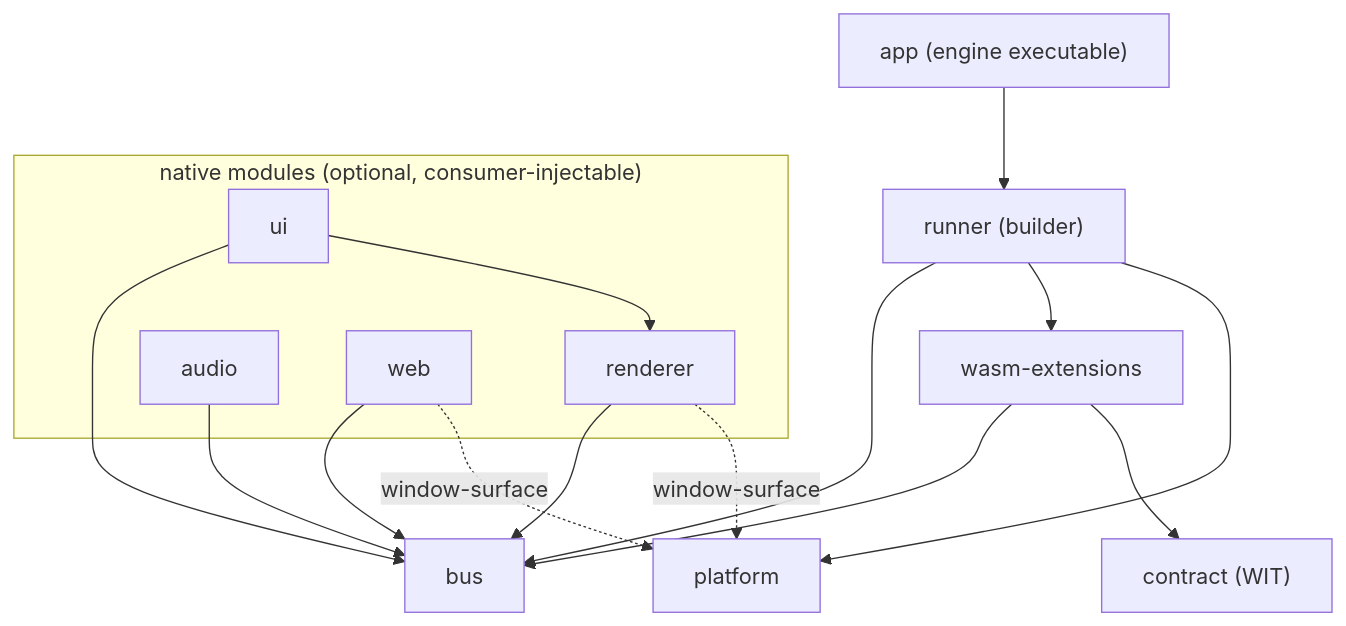
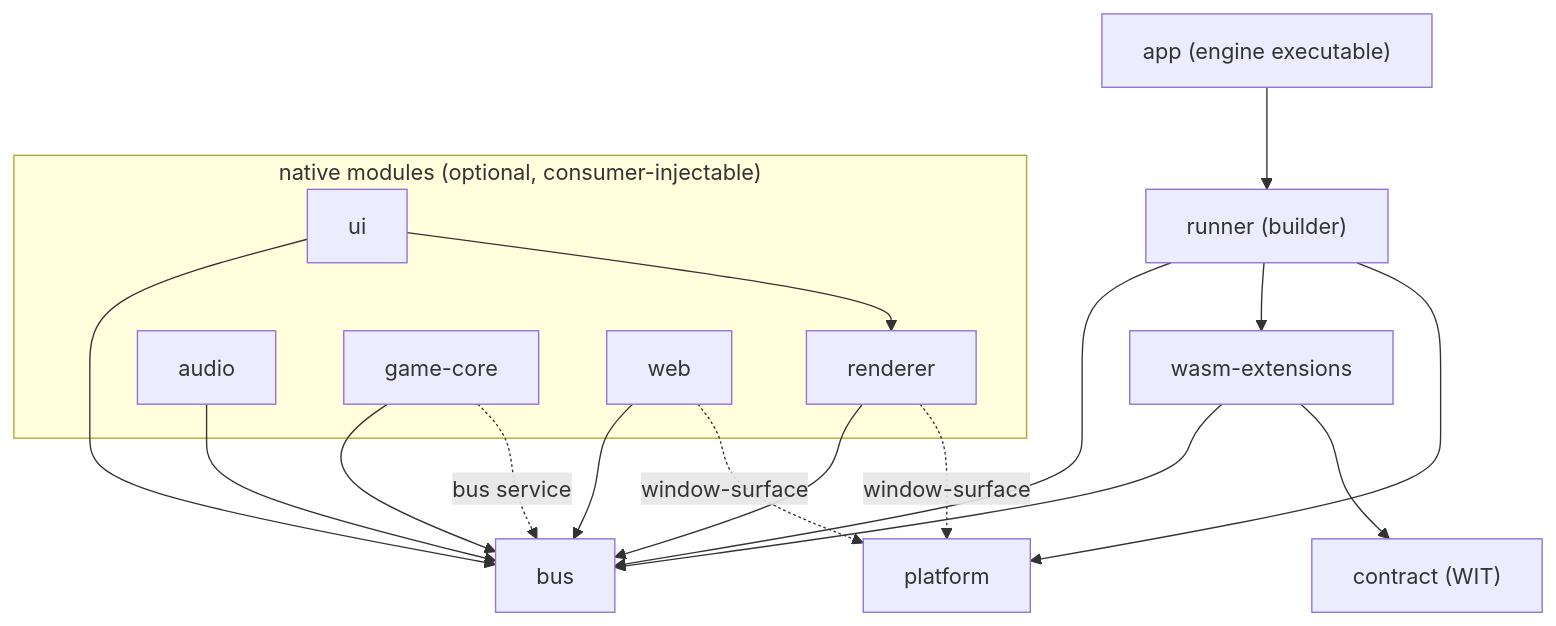
One commit to an-dr/bones changed the diagram in docs/structure.md. Above: the diagram before and after it, drawn with Mermaid. The commit also changed other lines of this file and 64 other files, not shown here.

First line of the commit message:
feat: add the game-core module with ecs, physics, and tilemaps

````diff
--- a/docs/structure.md
+++ b/docs/structure.md
@@ -47,22 +48,25 @@
 ```mermaid
 graph TD
     App["app (engine executable)"] --> Runner["runner (builder)"]
     Runner --> Bus["bus"]
     Runner --> WasmExtensions["wasm-extensions"]
     Runner --> Platform["platform"]
     WasmExtensions --> Bus
     WasmExtensions --> Contract["contract (WIT)"]
     subgraph Modules["native modules (optional, consumer-injectable)"]
         Renderer["renderer"]
         UI["ui"]
         Audio["audio"]
+        GameCore["game-core"]
         Web["web"]
     end
     Renderer --> Bus
     UI --> Bus
     UI --> Renderer
     Audio --> Bus
+    GameCore --> Bus
     Web --> Bus
     Renderer -. "window-surface" .-> Platform
+    GameCore -. "bus service" .-> Bus
     Web -. "window-surface" .-> Platform
 ```
````
